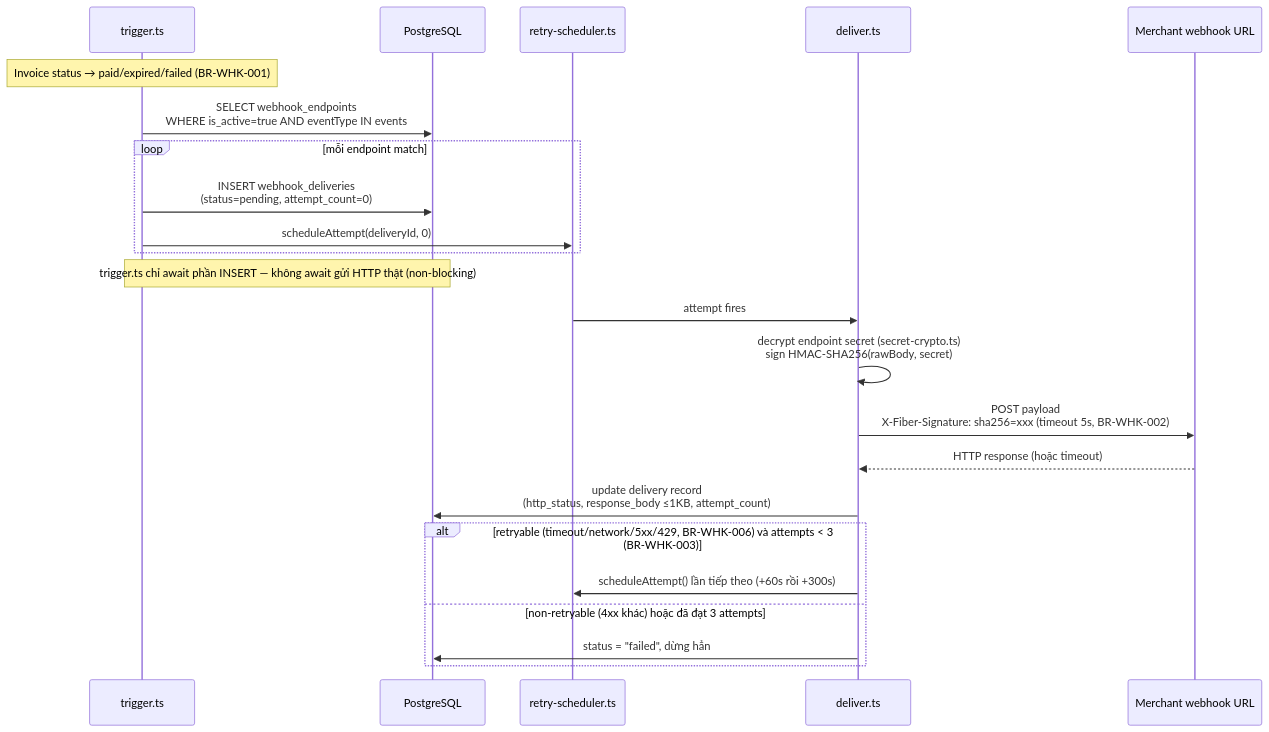
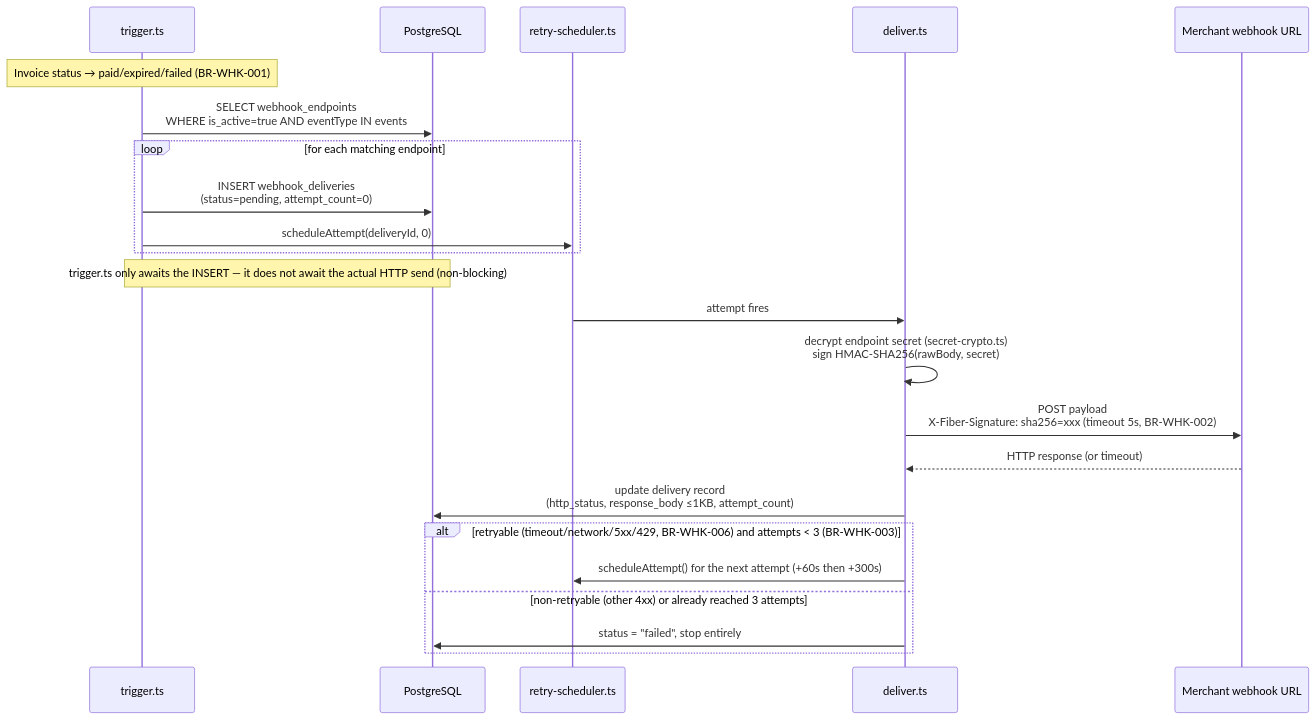
One commit to tiennt0212/FiberGate changed the fourth of 4 diagrams in .context/architecture/system-design.md. Above: the diagram before and after it, drawn with Mermaid. The commit also changed other lines of this file and 15 other files, not shown here.

````diff
--- a/.context/architecture/system-design.md
+++ b/.context/architecture/system-design.md
@@ -164,28 +176,28 @@
 ```mermaid
 sequenceDiagram
     participant Trigger as trigger.ts
     participant DB as PostgreSQL
     participant Scheduler as retry-scheduler.ts
     participant Deliver as deliver.ts
     participant Merchant as Merchant webhook URL
 
     Note over Trigger: Invoice status → paid/expired/failed (BR-WHK-001)
     Trigger->>DB: SELECT webhook_endpoints<br/>WHERE is_active=true AND eventType IN events
-    loop mỗi endpoint match
+    loop for each matching endpoint
         Trigger->>DB: INSERT webhook_deliveries<br/>(status=pending, attempt_count=0)
         Trigger->>Scheduler: scheduleAttempt(deliveryId, 0)
     end
 
-    Note over Trigger,DB: trigger.ts chỉ await phần INSERT — không await gửi HTTP thật (non-blocking)
+    Note over Trigger,DB: trigger.ts only awaits the INSERT — it does not await the actual HTTP send (non-blocking)
 
     Scheduler->>Deliver: attempt fires
     Deliver->>Deliver: decrypt endpoint secret (secret-crypto.ts)<br/>sign HMAC-SHA256(rawBody, secret)
     Deliver->>Merchant: POST payload<br/>X-Fiber-Signature: sha256=xxx (timeout 5s, BR-WHK-002)
-    Merchant-->>Deliver: HTTP response (hoặc timeout)
+    Merchant-->>Deliver: HTTP response (or timeout)
     Deliver->>DB: update delivery record<br/>(http_status, response_body ≤1KB, attempt_count)
-    alt retryable (timeout/network/5xx/429, BR-WHK-006) và attempts < 3 (BR-WHK-003)
-        Deliver->>Scheduler: scheduleAttempt() lần tiếp theo (+60s rồi +300s)
-    else non-retryable (4xx khác) hoặc đã đạt 3 attempts
-        Deliver->>DB: status = "failed", dừng hẳn
+    alt retryable (timeout/network/5xx/429, BR-WHK-006) and attempts < 3 (BR-WHK-003)
+        Deliver->>Scheduler: scheduleAttempt() for the next attempt (+60s then +300s)
+    else non-retryable (other 4xx) or already reached 3 attempts
+        Deliver->>DB: status = "failed", stop entirely
     end
 ```
````
